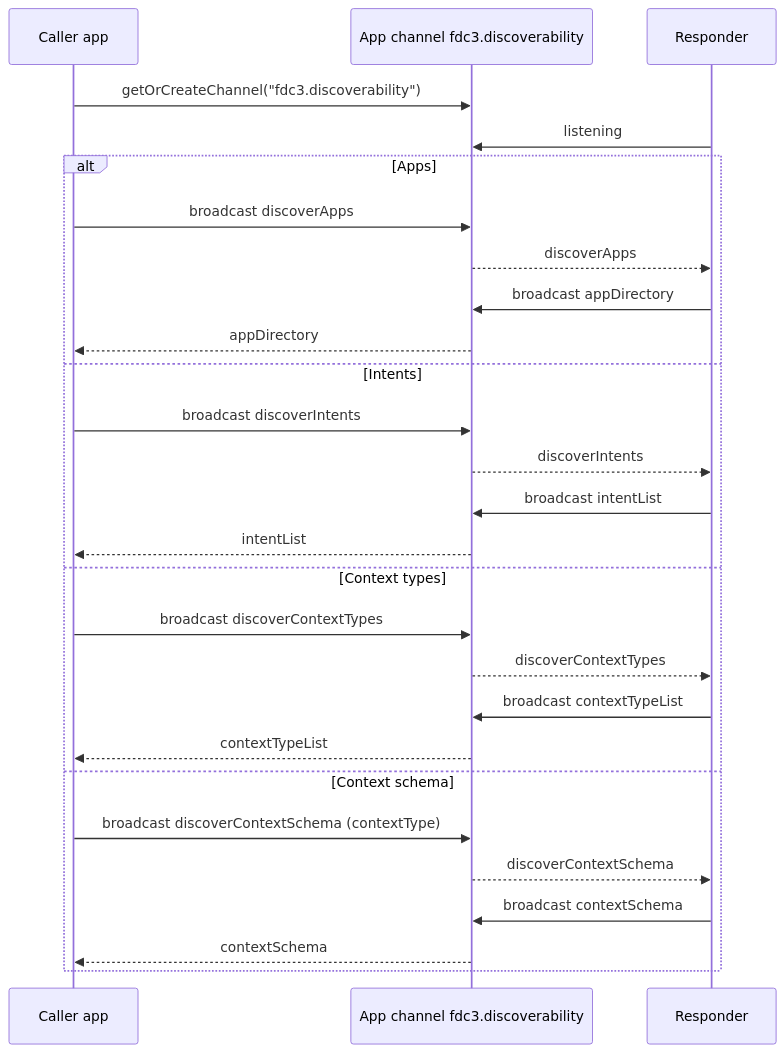
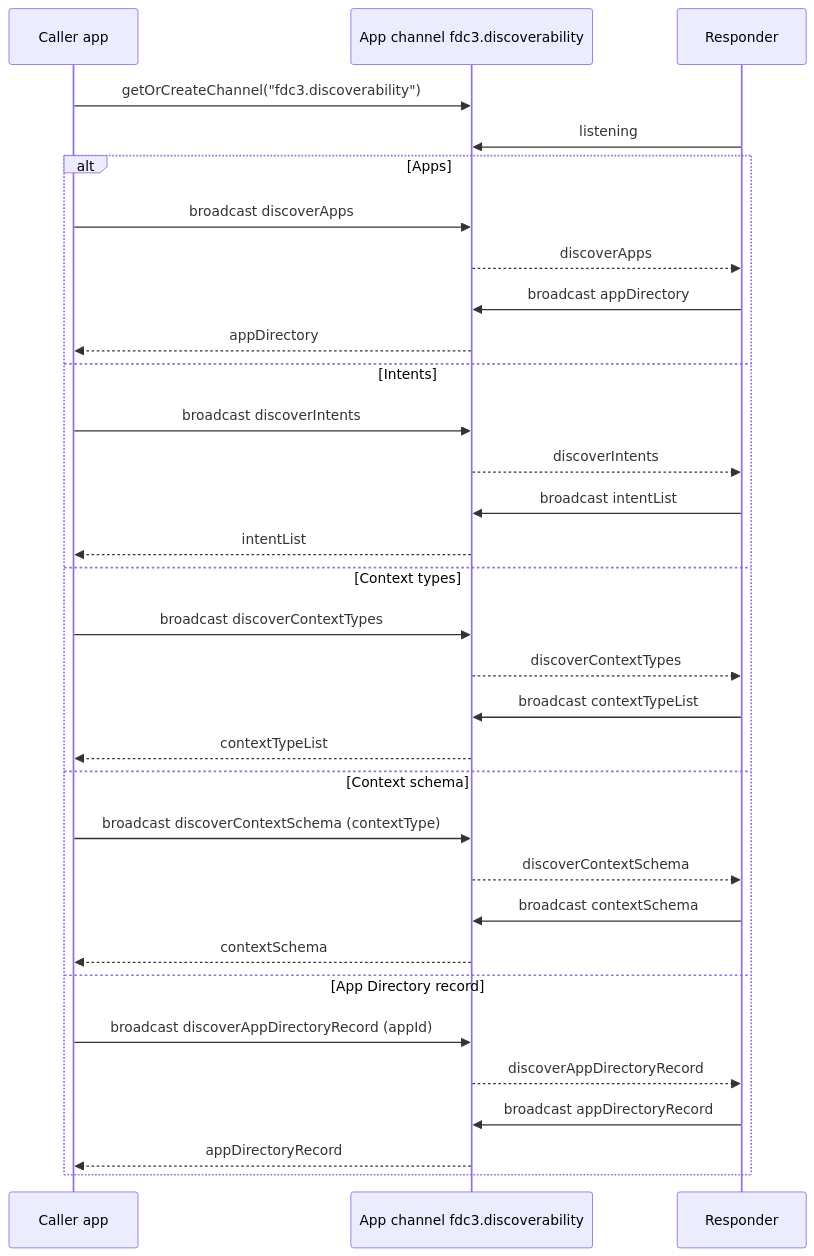
Before and after one commit to risk-first/ten-factor-governance: the diagram in examples/aipa/fdc3-extensions/fdc3.discoverability/README.md, drawn with Mermaid. The commit also changed other lines of this file and 11 other files, not shown here.

````diff
--- a/examples/aipa/fdc3-extensions/fdc3.discoverability/README.md
+++ b/examples/aipa/fdc3-extensions/fdc3.discoverability/README.md
@@ -15,29 +15,34 @@
 ```mermaid
 sequenceDiagram
   participant App as Caller app
   participant Ch as App channel fdc3.discoverability
   participant R as Responder
   App->>Ch: getOrCreateChannel("fdc3.discoverability")
   R->>Ch: listening
   alt Apps
     App->>Ch: broadcast discoverApps
     Ch-->>R: discoverApps
     R->>Ch: broadcast appDirectory
     Ch-->>App: appDirectory
   else Intents
     App->>Ch: broadcast discoverIntents
     Ch-->>R: discoverIntents
     R->>Ch: broadcast intentList
     Ch-->>App: intentList
   else Context types
     App->>Ch: broadcast discoverContextTypes
     Ch-->>R: discoverContextTypes
     R->>Ch: broadcast contextTypeList
     Ch-->>App: contextTypeList
   else Context schema
     App->>Ch: broadcast discoverContextSchema (contextType)
     Ch-->>R: discoverContextSchema
     R->>Ch: broadcast contextSchema
     Ch-->>App: contextSchema
+  else App Directory record
+    App->>Ch: broadcast discoverAppDirectoryRecord (appId)
+    Ch-->>R: discoverAppDirectoryRecord
+    R->>Ch: broadcast appDirectoryRecord
+    Ch-->>App: appDirectoryRecord
   end
 ```
````
